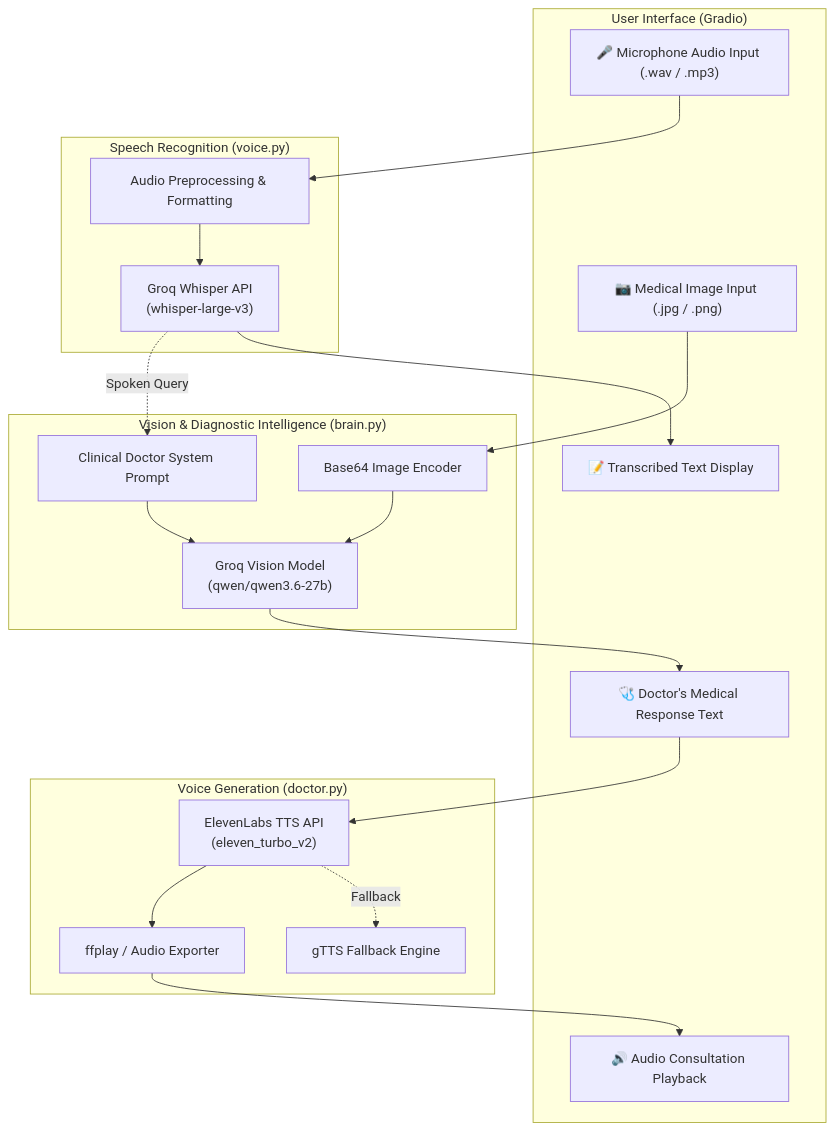
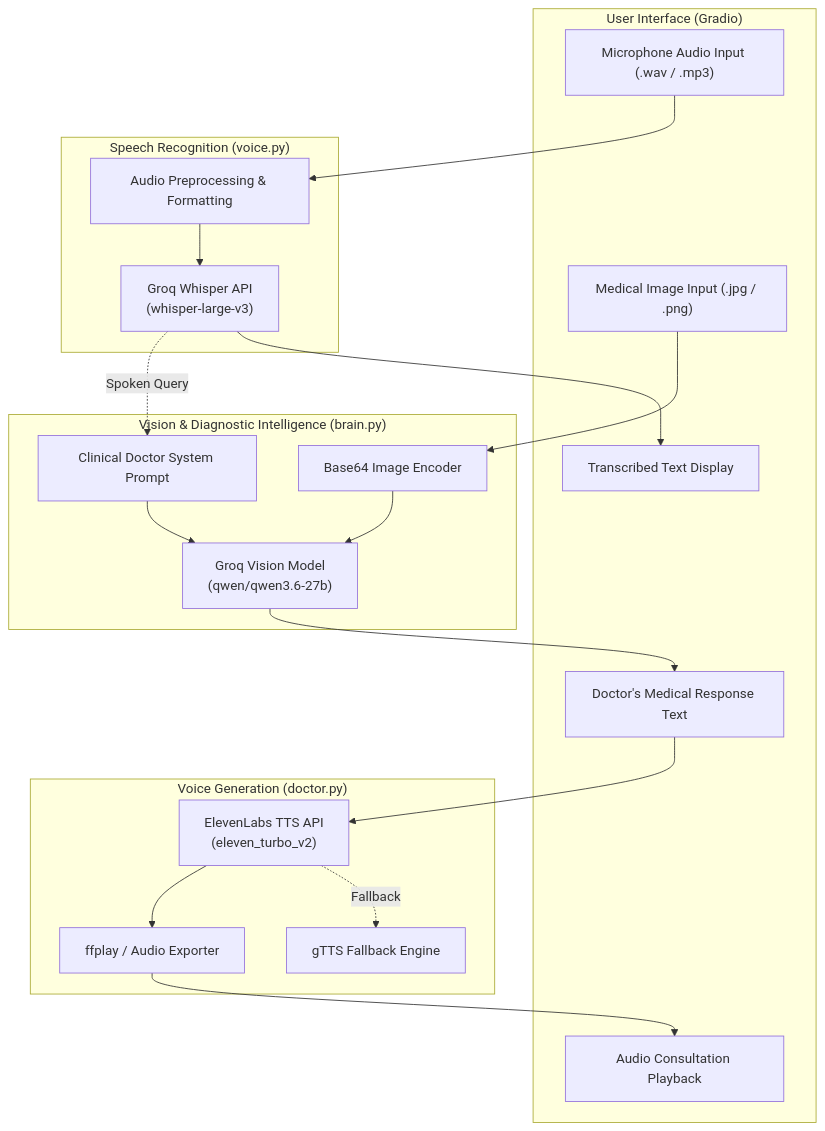
One commit to shehreenmansoori/Vital-Lens changed the diagram in README.md. Above: the diagram before and after it, drawn with Mermaid. The commit also changed other lines of this file, not shown here.

````diff
--- a/README.md
+++ b/README.md
@@ -15,37 +15,37 @@
 ```mermaid
 flowchart TD
     subgraph UI ["User Interface (Gradio)"]
-        A1["🎤 Microphone Audio Input (.wav / .mp3)"]
-        A2["📷 Medical Image Input (.jpg / .png)"]
-        OUT1["📝 Transcribed Text Display"]
-        OUT2["🩺 Doctor's Medical Response Text"]
-        OUT3["🔊 Audio Consultation Playback"]
+        A1[" Microphone Audio Input (.wav / .mp3)"]
+        A2[" Medical Image Input (.jpg / .png)"]
+        OUT1[" Transcribed Text Display"]
+        OUT2[" Doctor's Medical Response Text"]
+        OUT3[" Audio Consultation Playback"]
     end
 
     subgraph Speech_Pipeline ["Speech Recognition (voice.py)"]
         B1["Audio Preprocessing & Formatting"]
         B2["Groq Whisper API\n(whisper-large-v3)"]
     end
 
     subgraph Vision_Pipeline ["Vision & Diagnostic Intelligence (brain.py)"]
         C1["Base64 Image Encoder"]
         C2["Clinical Doctor System Prompt"]
         C3["Groq Vision Model\n(qwen/qwen3.6-27b)"]
     end
 
     subgraph Audio_Synthesis ["Voice Generation (doctor.py)"]
         D1["ElevenLabs TTS API\n(eleven_turbo_v2)"]
         D2["gTTS Fallback Engine"]
         D3["ffplay / Audio Exporter"]
     end
 
     %% Workflow Connections
     A1 --> B1 --> B2 --> OUT1
     B2 -. Spoken Query .-> C2
     A2 --> C1 --> C3
     C2 --> C3
     C3 --> OUT2
     OUT2 --> D1
     D1 -. Fallback .-> D2
     D1 --> D3 --> OUT3
 ```
````
